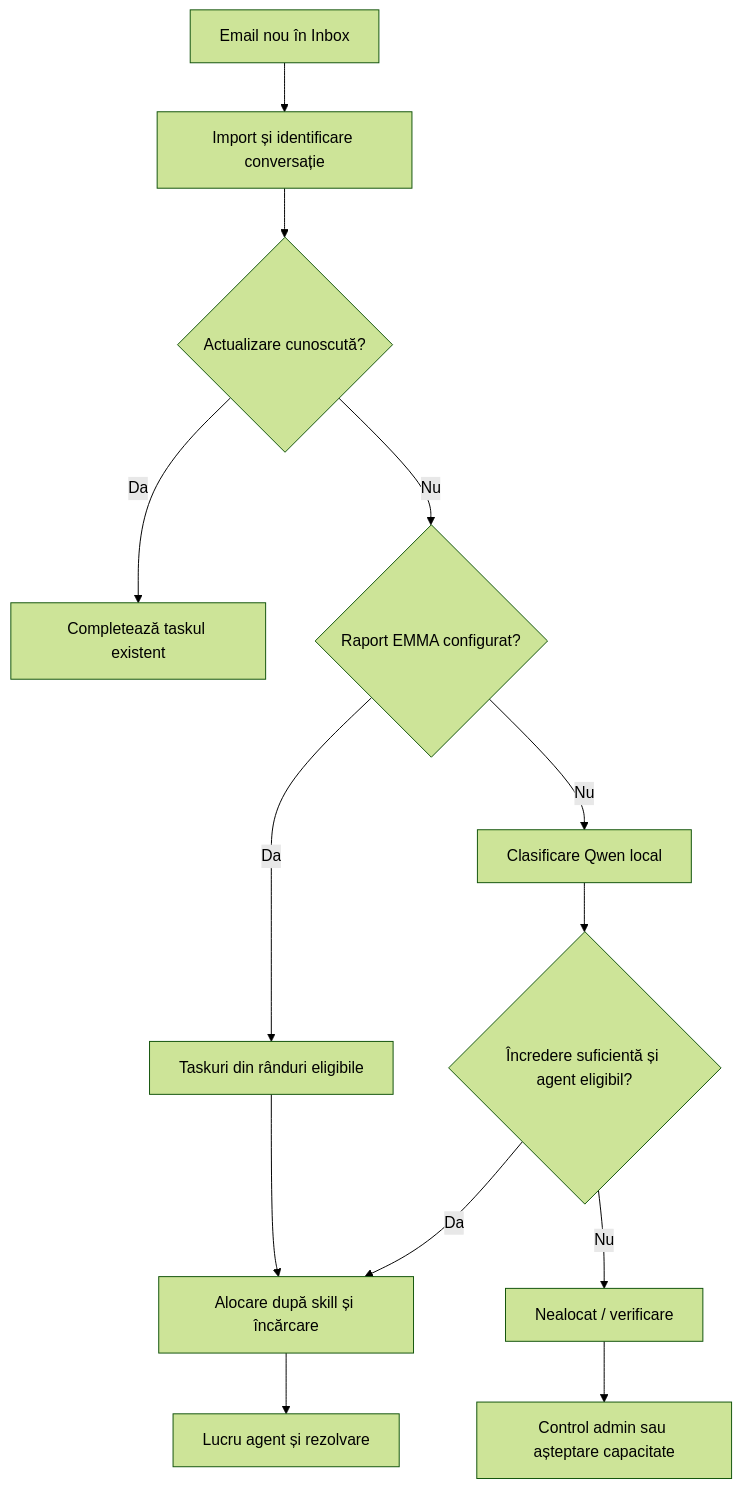
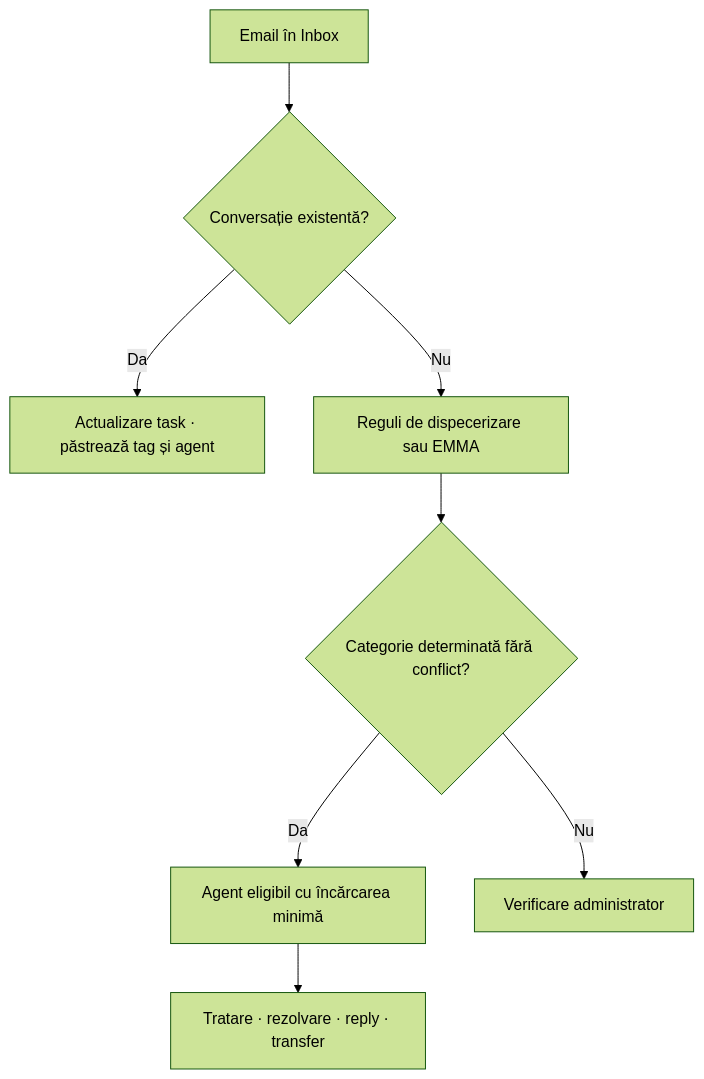
Before and after one commit to vladovidiu1/dispecerizare: the diagram in docs/product-overview.md, drawn with Mermaid (forest theme). The commit also changed other lines of this file and 57 other files, not shown here.

````diff
--- a/docs/product-overview.md
+++ b/docs/product-overview.md
@@ -24,15 +7,10 @@
 ```mermaid
 flowchart TD
-  A[Email nou în Inbox] --> B[Import și identificare conversație]
-  B --> C{Actualizare cunoscută?}
-  C -->|Da| D[Completează taskul existent]
-  C -->|Nu| E{Raport EMMA configurat?}
-  E -->|Da| F[Taskuri din rânduri eligibile]
-  E -->|Nu| G[Clasificare Qwen local]
-  G --> H{Încredere suficientă și agent eligibil?}
-  H -->|Da| I[Alocare după skill și încărcare]
-  H -->|Nu| J[Nealocat / verificare]
-  F --> I
-  I --> K[Lucru agent și rezolvare]
-  J --> L[Control admin sau așteptare capacitate]
+  A[Email în Inbox] --> B{Conversație existentă?}
+  B -->|Da| C[Actualizare task · păstrează tag și agent]
+  B -->|Nu| D[Reguli de dispecerizare sau EMMA]
+  D --> E{Categorie determinată fără conflict?}
+  E -->|Da| F[Agent eligibil cu încărcarea minimă]
+  E -->|Nu| G[Verificare administrator]
+  F --> H[Tratare · rezolvare · reply · transfer]
 ```
````
